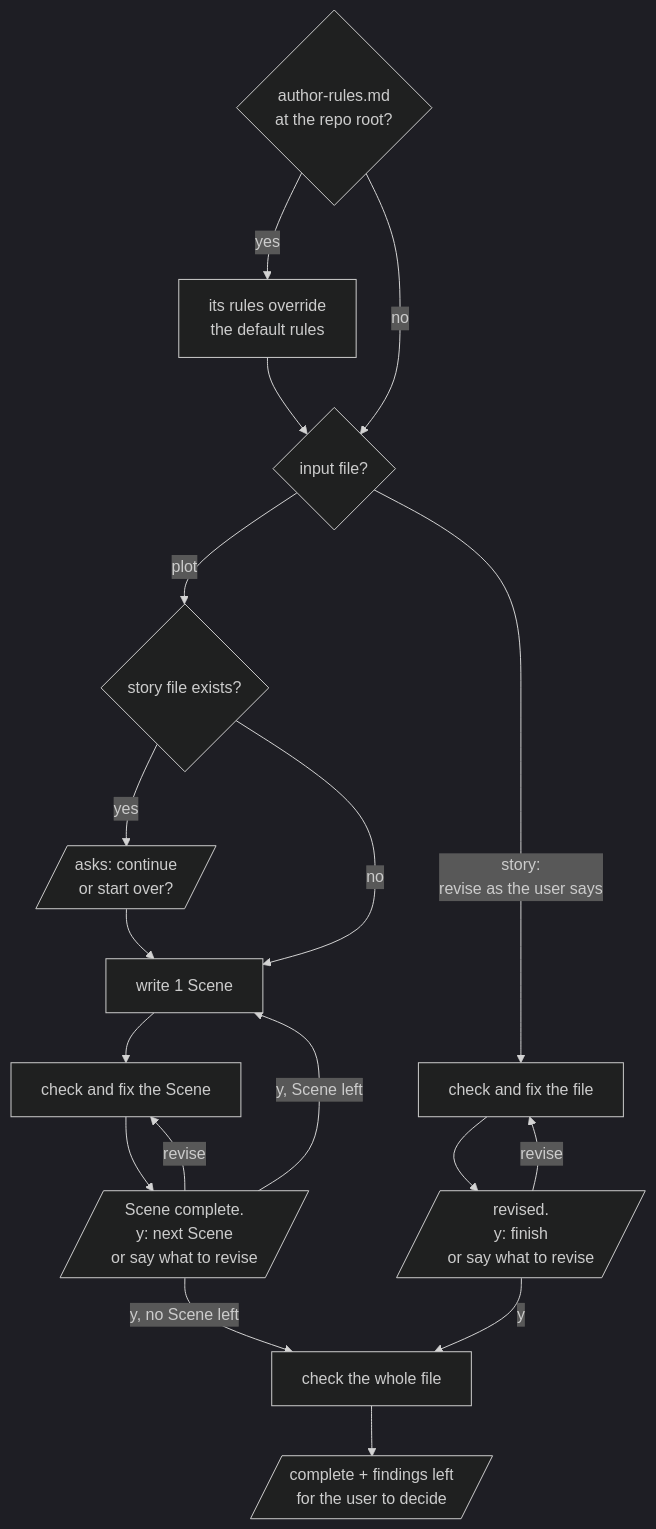
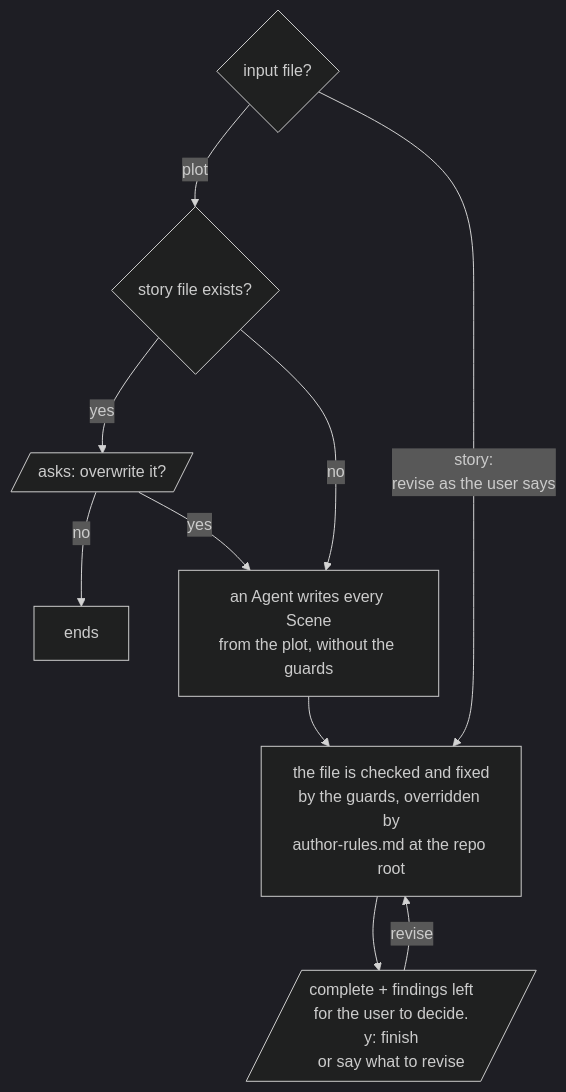
The diagram in domains/story/skills/write/README.md (omni-stove/skill-kit), drawn with Mermaid (dark theme) before and after one commit. The commit also changed 19 other files, not shown here.

````diff
--- a/domains/story/skills/write/README.md
+++ b/domains/story/skills/write/README.md
@@ -3,21 +3,13 @@
 ```mermaid
 flowchart TD
-  author{author-rules.md<br/>at the repo root?}
-  author -- "yes" --> override[its rules override<br/>the default rules]
-  author -- "no" --> input
-  override --> input{input file?}
+  input{input file?}
   input -- "plot" --> exists{story file exists?}
-  exists -- "yes" --> ask[/asks: continue<br/>or start over?/]
-  exists -- "no" --> write
-  ask --> write[write 1 Scene]
-  write --> check[check and fix the Scene]
-  check --> reply[/"Scene complete.<br/>y: next Scene<br/>or say what to revise"/]
-  reply -- "y, Scene left" --> write
-  reply -- "y, no Scene left" --> final[check the whole file]
-  final --> done[/"complete + findings left<br/>for the user to decide"/]
+  exists -- "yes" --> ask[/asks: overwrite it?/]
+  ask -- "no" --> stop[ends]
+  ask -- "yes" --> write
+  exists -- "no" --> write[an Agent writes every Scene<br/>from the plot, without the guards]
+  write --> check[the file is checked and fixed<br/>by the guards, overridden by<br/>author-rules.md at the repo root]
+  input -- "story:<br/>revise as the user says" --> check
+  check --> reply[/"complete + findings left<br/>for the user to decide.<br/>y: finish<br/>or say what to revise"/]
   reply -- "revise" --> check
-  input -- "story:<br/>revise as the user says" --> rcheck[check and fix the file]
-  rcheck --> rreply[/"revised.<br/>y: finish<br/>or say what to revise"/]
-  rreply -- "y" --> final
-  rreply -- "revise" --> rcheck
 ```
````
